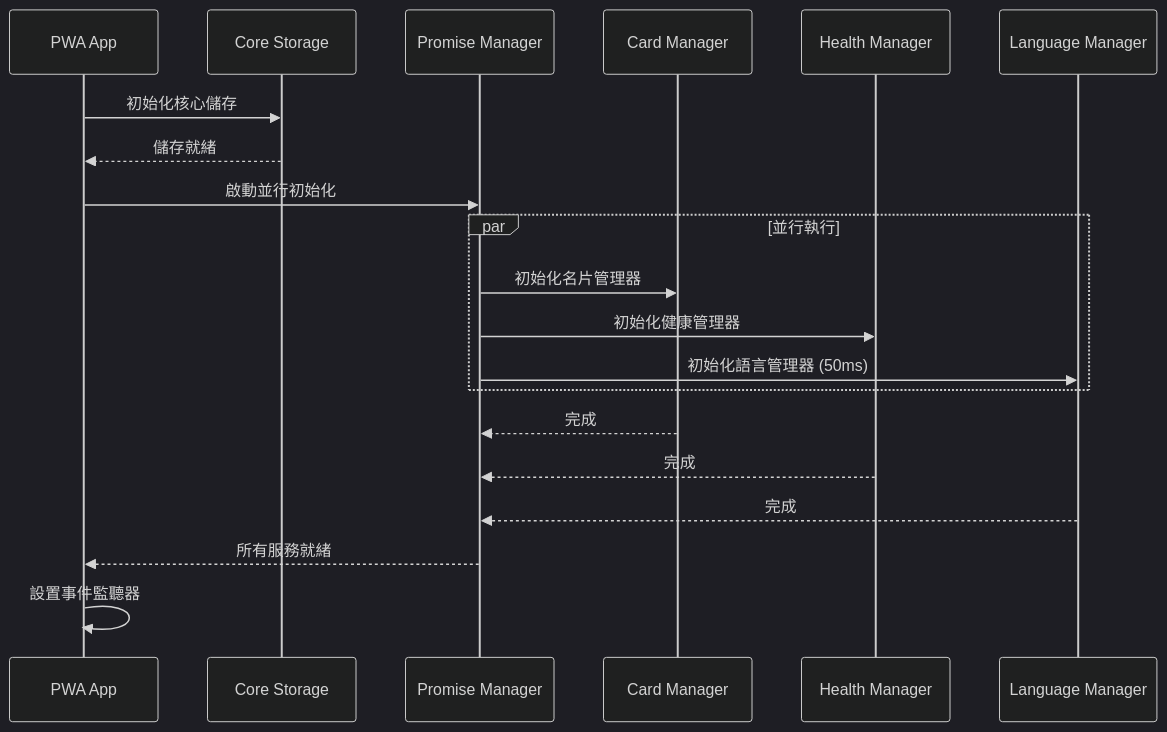
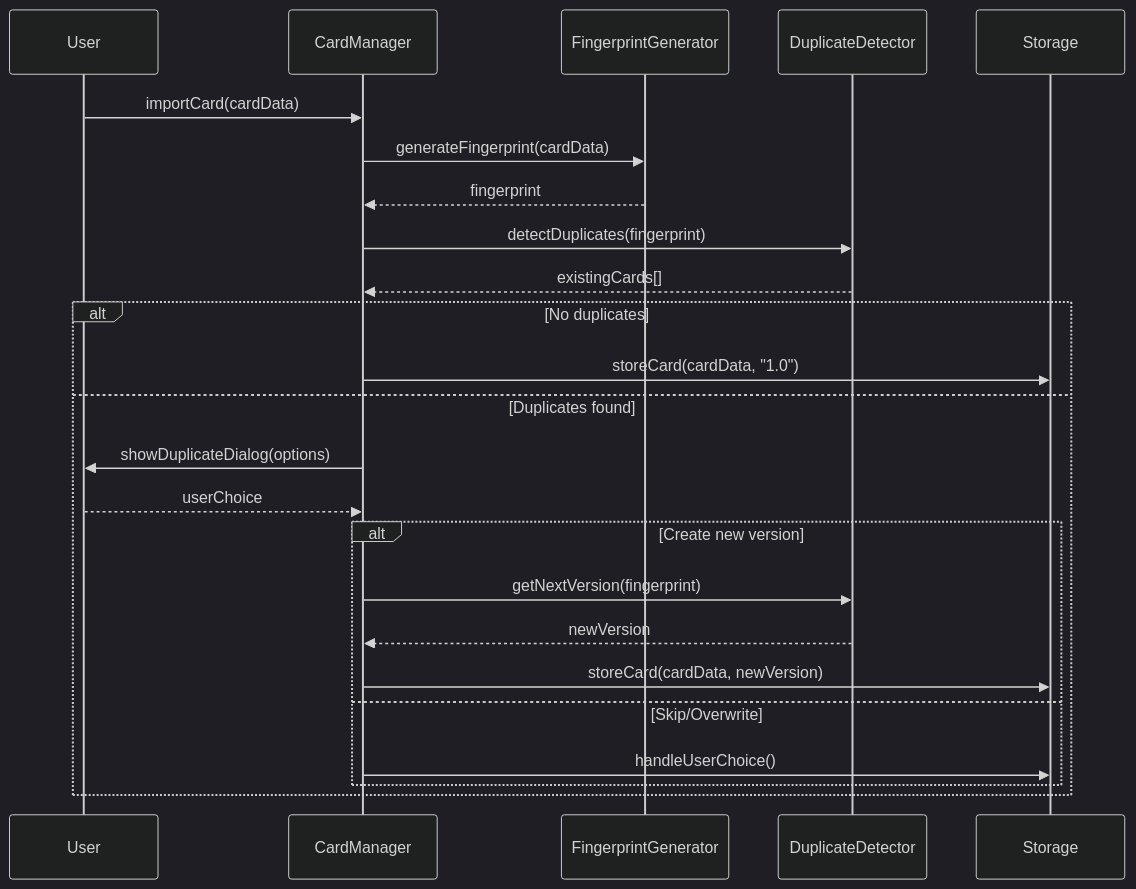
The second of 2 diagrams in docs/design.md (iim0663418/DB-Card), drawn with Mermaid (dark theme) before and after one commit. The commit also changed other lines of this file and 72 other files, not shown here.

````diff
--- a/docs/design.md
+++ b/docs/design.md
@@ -70,27 +140,28 @@
 ```mermaid
 sequenceDiagram
-    participant App as PWA App
-    participant Storage as Core Storage
-    participant PM as Promise Manager
-    participant CM as Card Manager
-    participant HM as Health Manager
-    participant LM as Language Manager
+    participant U as User
+    participant CM as CardManager
+    participant FG as FingerprintGenerator
+    participant DD as DuplicateDetector
+    participant S as Storage
     
-    App->>Storage: 初始化核心儲存
-    Storage-->>App: 儲存就緒
+    U->>CM: importCard(cardData)
+    CM->>FG: generateFingerprint(cardData)
+    FG-->>CM: fingerprint
+    CM->>DD: detectDuplicates(fingerprint)
+    DD-->>CM: existingCards[]
     
-    App->>PM: 啟動並行初始化
-    
-    par 並行執行
-        PM->>CM: 初始化名片管理器
-        PM->>HM: 初始化健康管理器
-        PM->>LM: 初始化語言管理器 (50ms)
+    alt No duplicates
+        CM->>S: storeCard(cardData, "1.0")
+    else Duplicates found
+        CM->>U: showDuplicateDialog(options)
+        U-->>CM: userChoice
+        alt Create new version
+            CM->>DD: getNextVersion(fingerprint)
+            DD-->>CM: newVersion
+            CM->>S: storeCard(cardData, newVersion)
+        else Skip/Overwrite
+            CM->>S: handleUserChoice()
+        end
     end
-    
-    CM-->>PM: 完成
-    HM-->>PM: 完成
-    LM-->>PM: 完成
-    
-    PM-->>App: 所有服務就緒
-    App->>App: 設置事件監聽器
 ```
````
